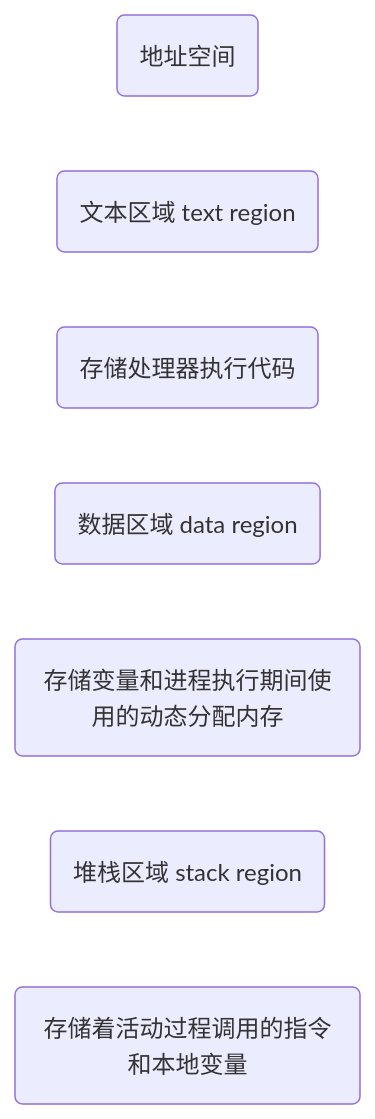
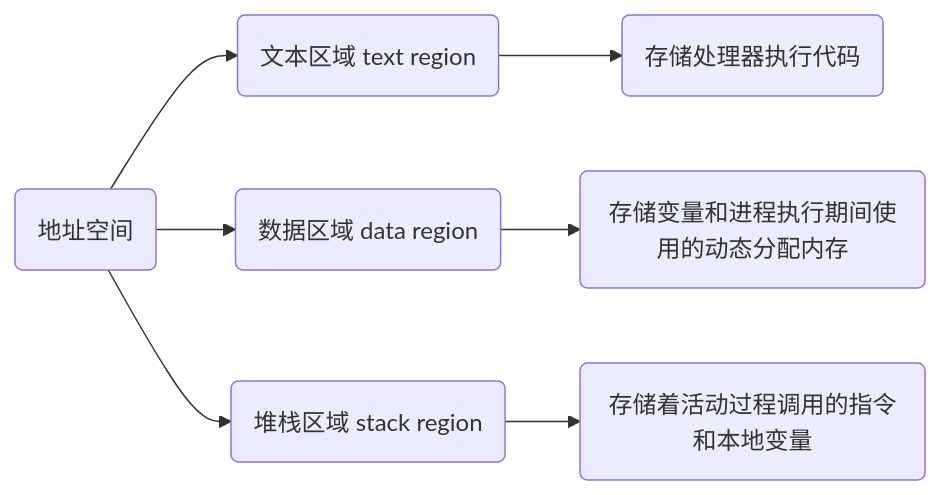
The diagram in _posts/OS/2023-03-13-进程与线程.md (dmjcb/dmjcb.github.io), drawn with Mermaid before and after one commit. The commit also changed other lines of this file and 122 other files, not shown here.

Commit message:
修复图形显示BUG

````diff
--- a/_posts/OS/2023-03-13-进程与线程.md
+++ b/_posts/OS/2023-03-13-进程与线程.md
@@ -31,13 +31,16 @@
 ```mermaid
 graph LR;
     A(地址空间)
     T(文本区域 text region)
     T1(存储处理器执行代码)
 
     D(数据区域 data region)
     D1(存储变量和进程执行期间使用的动态分配内存)
     
     S(堆栈区域 stack region)
     S1(存储着活动过程调用的指令和本地变量)
 
+    A-->T-->T1
+    A-->D-->D1
+    A-->S-->S1
 ```
````
